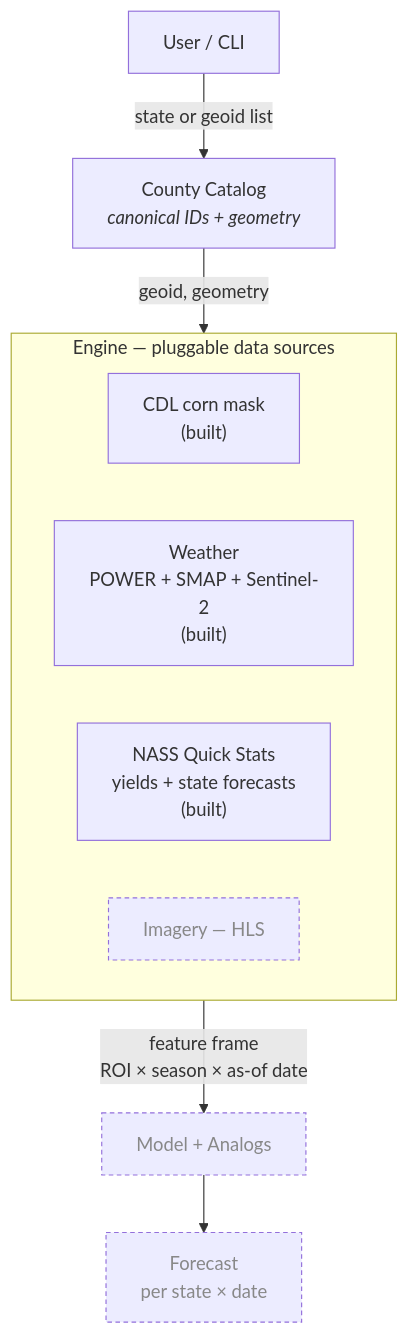
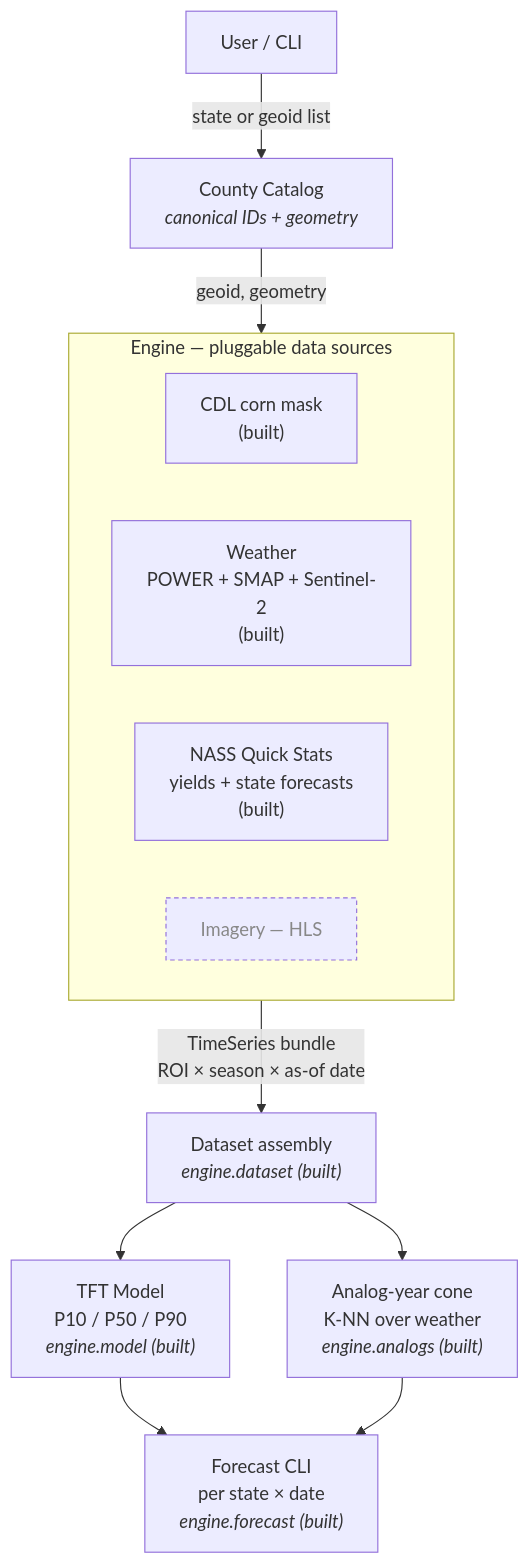
One commit to JakeAum/hack26 changed the first of 7 diagrams in software/SPEC.md. Above: the diagram before and after it, drawn with Mermaid. The commit also changed other lines of this file and 13 other files, not shown here.

````diff
--- a/software/SPEC.md
+++ b/software/SPEC.md
@@ -46,18 +49,21 @@
 ```mermaid
 flowchart TD
     User["User / CLI"] -->|state or geoid list| Catalog["County Catalog<br/><i>canonical IDs + geometry</i>"]
     Catalog -->|geoid, geometry| Engine
 
     subgraph Engine["Engine — pluggable data sources"]
         direction LR
         CDL["CDL corn mask<br/>(built)"]
         WX["Weather<br/>POWER + SMAP + Sentinel-2<br/>(built)"]
         NASS["NASS Quick Stats<br/>yields + state forecasts<br/>(built)"]
         HLS["Imagery — HLS"]:::planned
     end
 
-    Engine -->|feature frame<br/>ROI × season × as-of date| Model["Model + Analogs"]:::planned
-    Model --> Forecast["Forecast<br/>per state × date"]:::planned
+    Engine -->|TimeSeries bundle<br/>ROI × season × as-of date| Dataset["Dataset assembly<br/><i>engine.dataset (built)</i>"]
+    Dataset --> Model["TFT Model<br/>P10 / P50 / P90<br/><i>engine.model (built)</i>"]
+    Dataset --> Analogs["Analog-year cone<br/>K-NN over weather<br/><i>engine.analogs (built)</i>"]
+    Model --> Forecast["Forecast CLI<br/>per state × date<br/><i>engine.forecast (built)</i>"]
+    Analogs --> Forecast
 
     classDef planned stroke-dasharray: 4 3, color:#888;
 ```
````
